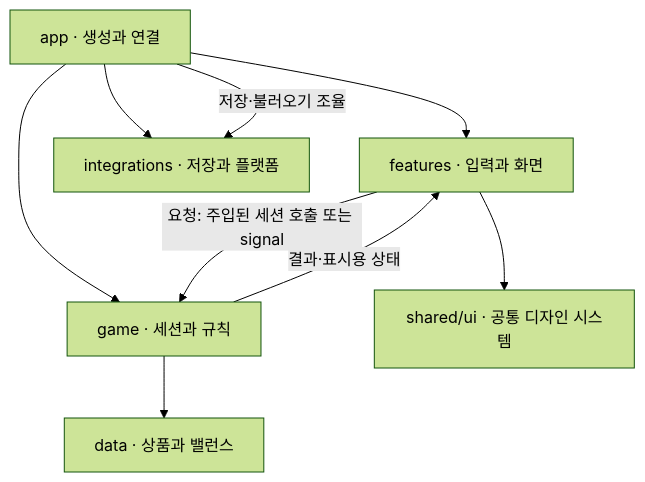
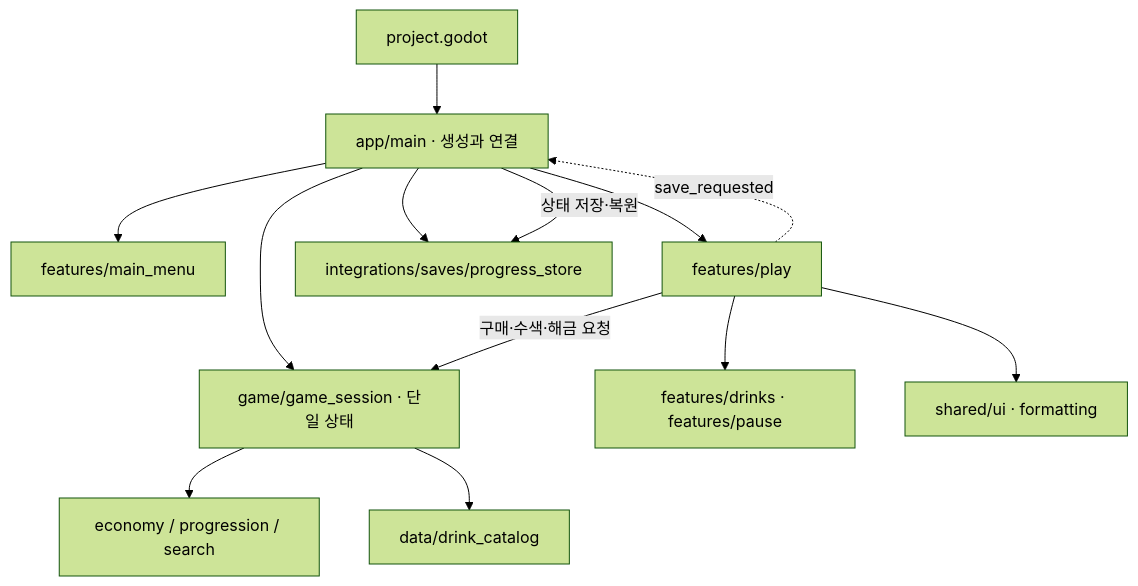
The diagram in docs/06-architecture.md (TaehoHong/vending_machine_clicker), drawn with Mermaid (forest theme) before and after one commit. The commit also changed other lines of this file and 333 other files, not shown here.

````diff
--- a/docs/06-architecture.md
+++ b/docs/06-architecture.md
@@ -95,11 +64,15 @@
 ```mermaid
 flowchart TD
-    App["app · 생성과 연결"] --> UI["features · 입력과 화면"]
-    App --> Game["game · 세션과 규칙"]
-    App --> IO["integrations · 저장과 플랫폼"]
-    UI -->|"요청: 주입된 세션 호출 또는 signal"| Game
-    Game -->|"결과·표시용 상태"| UI
-    Game --> Data["data · 상품과 밸런스"]
-    UI --> Shared["shared/ui · 공통 디자인 시스템"]
-    App -->|"저장·불러오기 조율"| IO
+    Entry["project.godot"] --> App["app/main · 생성과 연결"]
+    App --> Menu["features/main_menu"]
+    App --> Play["features/play"]
+    App --> Session["game/game_session · 단일 상태"]
+    App --> Store["integrations/saves/progress_store"]
+    Play -->|"구매·수색·해금 요청"| Session
+    Session --> Rules["economy / progression / search"]
+    Session --> Data["data/drink_catalog"]
+    Play --> Screens["features/drinks · features/pause"]
+    Play --> Shared["shared/ui · formatting"]
+    Play -. "save_requested" .-> App
+    App -->|"상태 저장·복원"| Store
 ```
````
